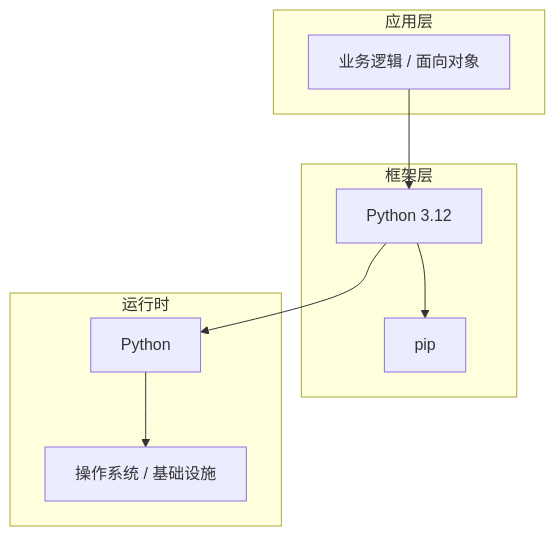
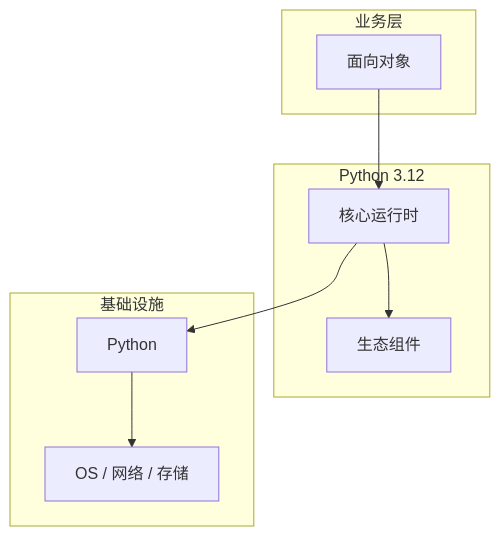
Before and after one commit to yanggan2015/knowledge-json-v2: the diagram in articles/Python核心/chapters/071-面向对象核心概念与原理.md, drawn with Mermaid. The commit also changed other lines of this file and 10127 other files, not shown here.

````diff
--- a/articles/Python核心/chapters/071-面向对象核心概念与原理.md
+++ b/articles/Python核心/chapters/071-面向对象核心概念与原理.md
@@ -45,18 +34,18 @@
 ```mermaid
 graph TB
-    subgraph 应用层
-        A[业务逻辑 / 面向对象]
+    subgraph 业务层
+        A[面向对象]
     end
-    subgraph 框架层
-        B[Python 3.12]
-        C[pip]
+    subgraph Python 3.12
+        B[核心运行时]
+        C[生态组件]
     end
-    subgraph 运行时
+    subgraph 基础设施
         D[Python]
-        E[操作系统 / 基础设施]
+        E[OS / 网络 / 存储]
     end
     A --> B
     B --> C
     B --> D
     D --> E
 ```
````
